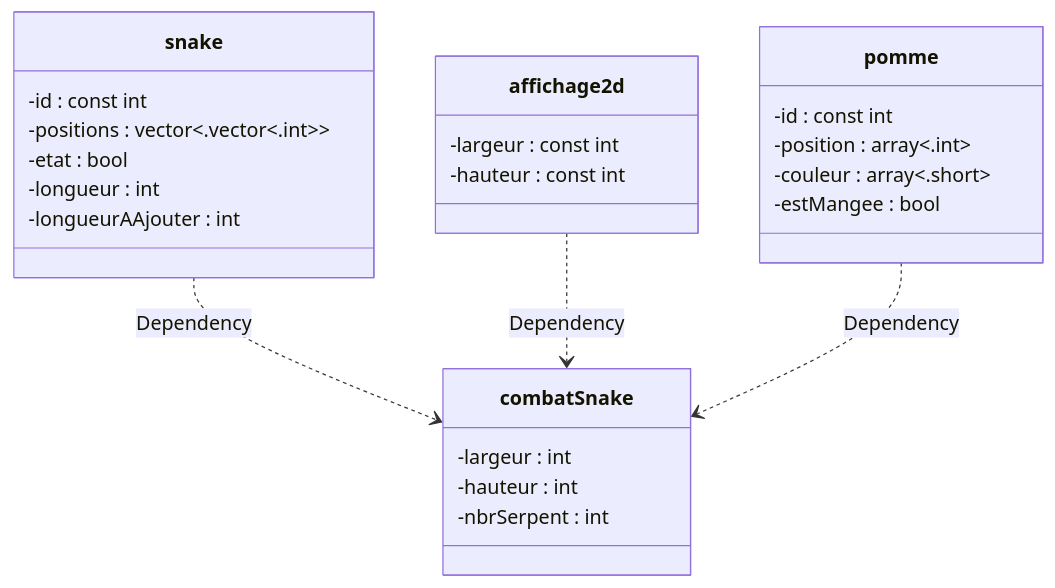
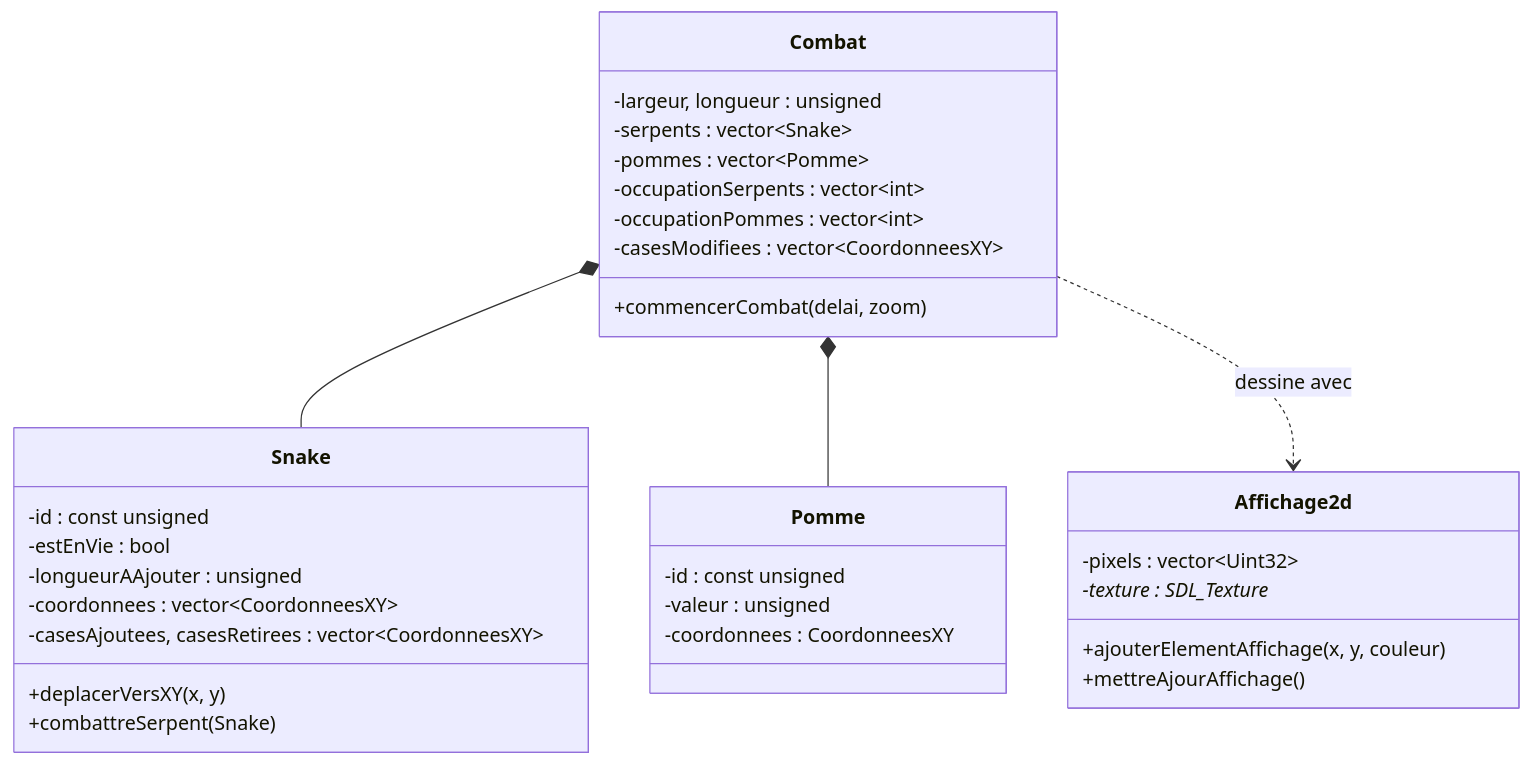
The diagram in README.md (Balkghar/08_Snake), drawn with Mermaid before and after one commit. The commit also changed other lines of this file and 4 other files, not shown here.

````diff
--- a/README.md
+++ b/README.md
@@ -42,29 +93,36 @@
 ```mermaid
 classDiagram
-    snake ..> combatSnake : Dependency
-    affichage2d ..> combatSnake : Dependency
-    pomme ..> combatSnake : Dependency
-    
-    class combatSnake{
-    	-largeur : int
-    	-hauteur : int
-    	-nbrSerpent : int
-	}
-	class snake{
-		-id : const int
-		-positions : vector<.vector<.int>>
-		-etat : bool
-		-longueur : int
-		-longueurAAjouter : int
-	}
-	class affichage2d{
-		-largeur  : const int
-		-hauteur : const int
-	}
-	class pomme{
-		-id : const int
-		-position : array<.int>
-		-couleur : array<.short>
-		-estMangee : bool
-	}
+    Combat *-- Snake
+    Combat *-- Pomme
+    Combat ..> Affichage2d : dessine avec
+
+    class Combat{
+        -largeur, longueur : unsigned
+        -serpents : vector~Snake~
+        -pommes : vector~Pomme~
+        -occupationSerpents : vector~int~
+        -occupationPommes : vector~int~
+        -casesModifiees : vector~CoordonneesXY~
+        +commencerCombat(delai, zoom)
+    }
+    class Snake{
+        -id : const unsigned
+        -estEnVie : bool
+        -longueurAAjouter : unsigned
+        -coordonnees : vector~CoordonneesXY~
+        -casesAjoutees, casesRetirees : vector~CoordonneesXY~
+        +deplacerVersXY(x, y)
+        +combattreSerpent(Snake)
+    }
+    class Pomme{
+        -id : const unsigned
+        -valeur : unsigned
+        -coordonnees : CoordonneesXY
+    }
+    class Affichage2d{
+        -pixels : vector~Uint32~
+        -texture : SDL_Texture*
+        +ajouterElementAffichage(x, y, couleur)
+        +mettreAjourAffichage()
+    }
 ```
````
